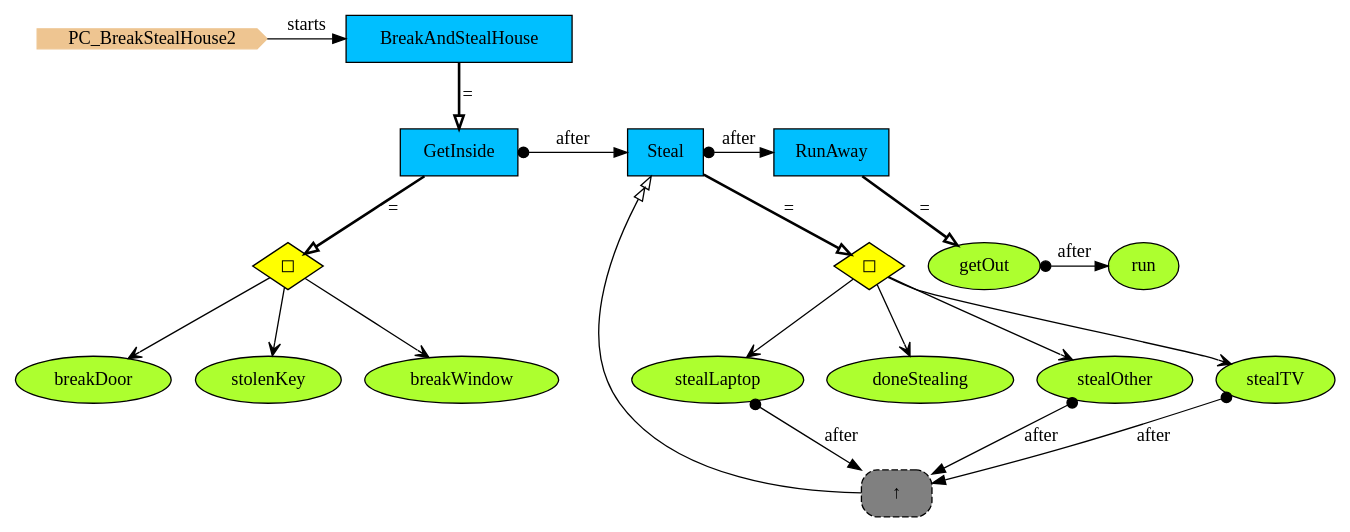
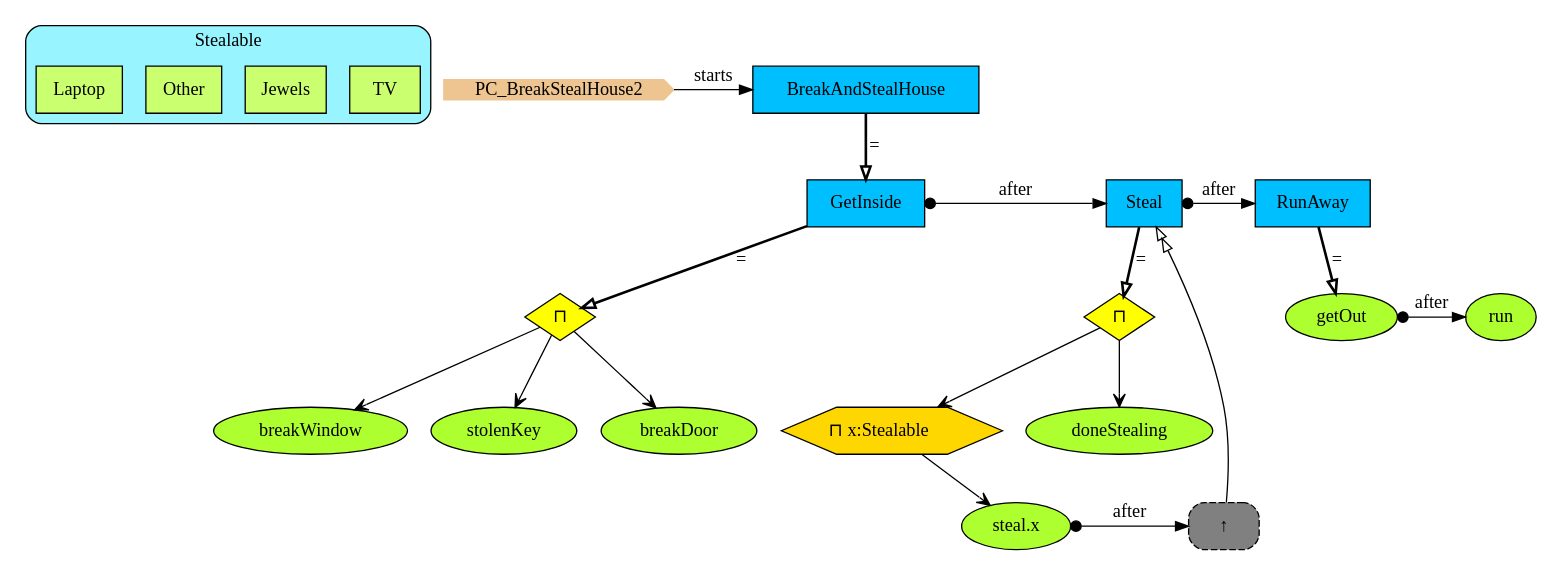
One commit to namalio/Fragmenta changed the diagram in Haskell/PCs/Examples/img/PC_BreakStealHouse2.gv. Above: the diagram before and after it, drawn with Graphviz. The commit also changed 114 other files, not shown here.

```diff
--- a/Haskell/PCs/Examples/img/PC_BreakStealHouse2.gv
+++ b/Haskell/PCs/Examples/img/PC_BreakStealHouse2.gv
@@ -1,44 +1,51 @@
 digraph {
+subgraph cluster_Stealable {
+style="filled,rounded";
+label =Stealable;
+fillcolor = cadetblue1;
+TV[shape=box,fillcolor=darkolivegreen1,style="filled",label=TV];
+Jewels[shape=box,fillcolor=darkolivegreen1,style="filled",label=Jewels];
+Other[shape=box,fillcolor=darkolivegreen1,style="filled",label=Other];
+Laptop[shape=box,fillcolor=darkolivegreen1,style="filled",label=Laptop];
+}
+
+
 StartN_ [shape = cds,color=burlywood2,style=filled,height=.2,width=.2, label =PC_BreakStealHouse2];
+BreakAndStealHouse [shape=box,fillcolor=deepskyblue,style = filled,label="BreakAndStealHouse "];
+OpGetInside [shape=diamond,fillcolor=yellow,style=filled,label="⊓"];
+breakWindow [shape=ellipse,fillcolor=greenyellow,style=filled,label="breakWindow"];
+Steal [shape=box,fillcolor=deepskyblue,style = filled,label="Steal "];
+StealO [shape=hexagon,fillcolor=gold1,style=filled,label=<⊓ x:Stealable>];
+doneStealing [shape=ellipse,fillcolor=greenyellow,style=filled,label="doneStealing"];
+RunAway [shape=box,fillcolor=deepskyblue,style = filled,label="RunAway "];
+run [shape=ellipse,fillcolor=greenyellow,style=filled,label="run"];
+getOut [shape=ellipse,fillcolor=greenyellow,style=filled,label="getOut"];
+RefSteal [shape=rectangle,fillcolor=gray,style="rounded,filled,dashed",label="↑ "];
+steal [shape=ellipse,fillcolor=greenyellow,style=filled,label="steal.x"];
+OpSteal [shape=diamond,fillcolor=yellow,style=filled,label="⊓"];
+stolenKey [shape=ellipse,fillcolor=greenyellow,style=filled,label="stolenKey"];
+breakDoor [shape=ellipse,fillcolor=greenyellow,style=filled,label="breakDoor"];
 GetInside [shape=box,fillcolor=deepskyblue,style = filled,label="GetInside "];
-breakDoor [shape=ellipse,fillcolor=greenyellow,style = filled,label="breakDoor"];
-stolenKey [shape=ellipse,fillcolor=greenyellow,style = filled,label="stolenKey"];
-OpSteal [shape=diamond,fillcolor=yellow,style = filled,label="◻︎"];
-stealLaptop [shape=ellipse,fillcolor=greenyellow,style = filled,label="stealLaptop"];
-doneStealing [shape=ellipse,fillcolor=greenyellow,style = filled,label="doneStealing"];
-RunAway [shape=box,fillcolor=deepskyblue,style = filled,label="RunAway "];
-run [shape=ellipse,fillcolor=greenyellow,style = filled,label="run"];
-getOut [shape=ellipse,fillcolor=greenyellow,style = filled,label="getOut"];
-RefSteal [shape=rectangle,fillcolor=gray,style="rounded,filled,dashed",label="↑ "];
-stealOther [shape=ellipse,fillcolor=greenyellow,style = filled,label="stealOther"];
-stealTV [shape=ellipse,fillcolor=greenyellow,style = filled,label="stealTV"];
-Steal [shape=box,fillcolor=deepskyblue,style = filled,label="Steal "];
-breakWindow [shape=ellipse,fillcolor=greenyellow,style = filled,label="breakWindow"];
-OpGetInside [shape=diamond,fillcolor=yellow,style = filled,label="◻︎"];
-BreakAndStealHouse [shape=box,fillcolor=deepskyblue,style = filled,label="BreakAndStealHouse "];
 
-{rank=same;RunAway,Steal}
+{rank=same;run,getOut}
 {rank=same;RunAway,Steal,GetInside}
-{rank=same;run,getOut}
+{rank=same;RefSteal,steal}
 {rank=same;BreakAndStealHouse,StartN_}
 
-Steal->RunAway[arrowtail=dot,dir=both,label="after"];
-stealOther->RefSteal[arrowtail=dot,dir=both,label="after"];
-stealTV->RefSteal[arrowtail=dot,dir=both,label="after"];
-OpSteal->stealOther[arrowhead="open"];
-OpSteal->stealTV[arrowhead="open"];
+getOut->run[arrowtail=dot,dir=both,label="after"];
+RefSteal->Steal[arrowhead="normalnormal",fillcolor=white,label=" "];
+OpSteal->doneStealing[arrowhead="open"];
+StealO->steal[arrowhead="open"];
 OpGetInside->stolenKey[arrowhead="open"];
 OpGetInside->breakDoor[arrowhead="open"];
-GetInside->OpGetInside[arrowhead="onormal",penwidth=2,label="="];
-RunAway->getOut[arrowhead="onormal",penwidth=2,label="="];
-Steal->OpSteal[arrowhead="onormal",penwidth=2,label="="];
-BreakAndStealHouse->GetInside[arrowhead="onormal",penwidth=2,label="="];
-StartN_->BreakAndStealHouse[label="starts"];
 OpGetInside->breakWindow[arrowhead="open"];
 GetInside->Steal[arrowtail=dot,dir=both,label="after"];
-OpSteal->stealLaptop[arrowhead="open"];
-OpSteal->doneStealing[arrowhead="open"];
-stealLaptop->RefSteal[arrowtail=dot,dir=both,label="after"];
-RefSteal->Steal[arrowhead="normalnormal",fillcolor=white,label=" "];
-getOut->run[arrowtail=dot,dir=both,label="after"];
+OpSteal->StealO[arrowhead="open"];
+steal->RefSteal[arrowtail=dot,dir=both,label="after"];
+Steal->RunAway[arrowtail=dot,dir=both,label="after"];
+BreakAndStealHouse->GetInside[arrowhead="onormal",penwidth=2,label="="];
+Steal->OpSteal[arrowhead="onormal",penwidth=2,label="="];
+RunAway->getOut[arrowhead="onormal",penwidth=2,label="="];
+GetInside->OpGetInside[arrowhead="onormal",penwidth=2,label="="];
+StartN_->BreakAndStealHouse[label="starts"];
 }
```
